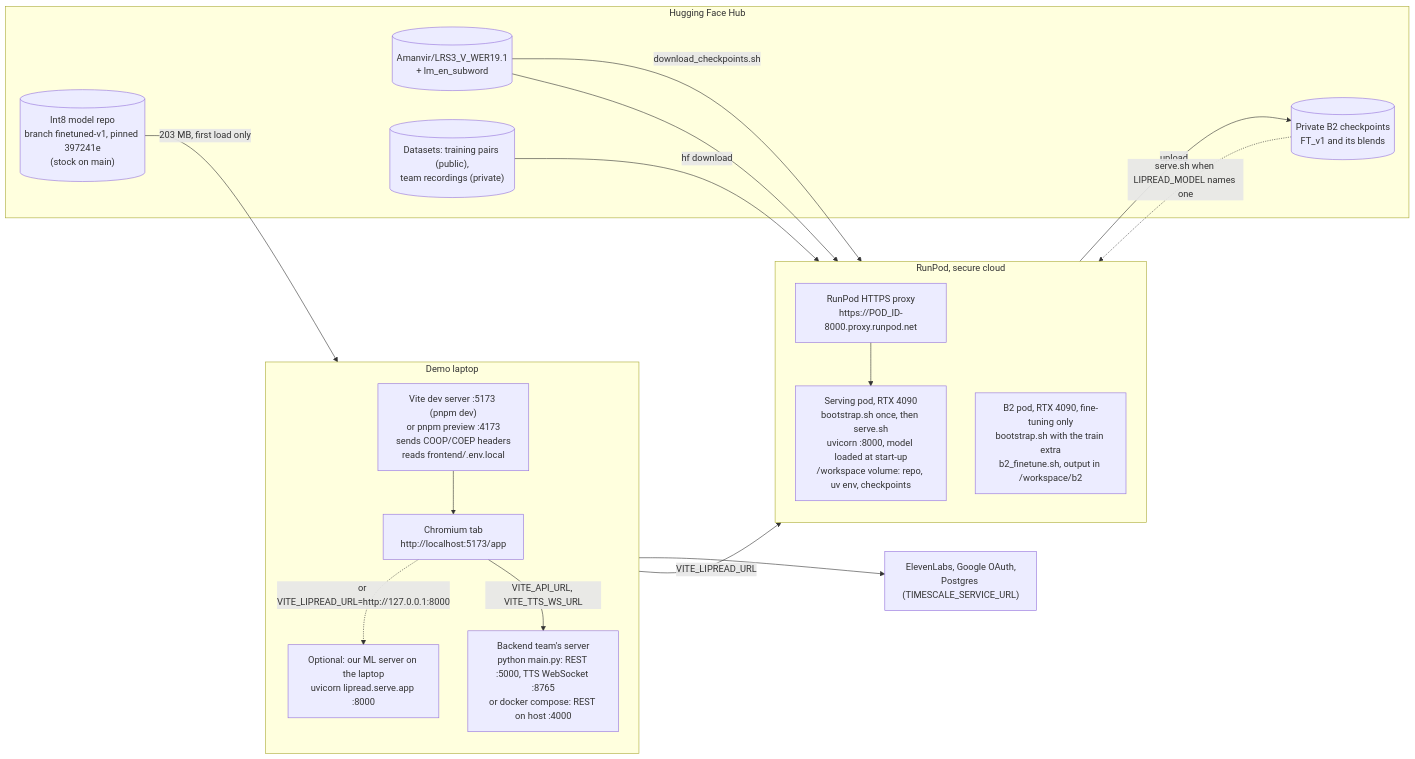
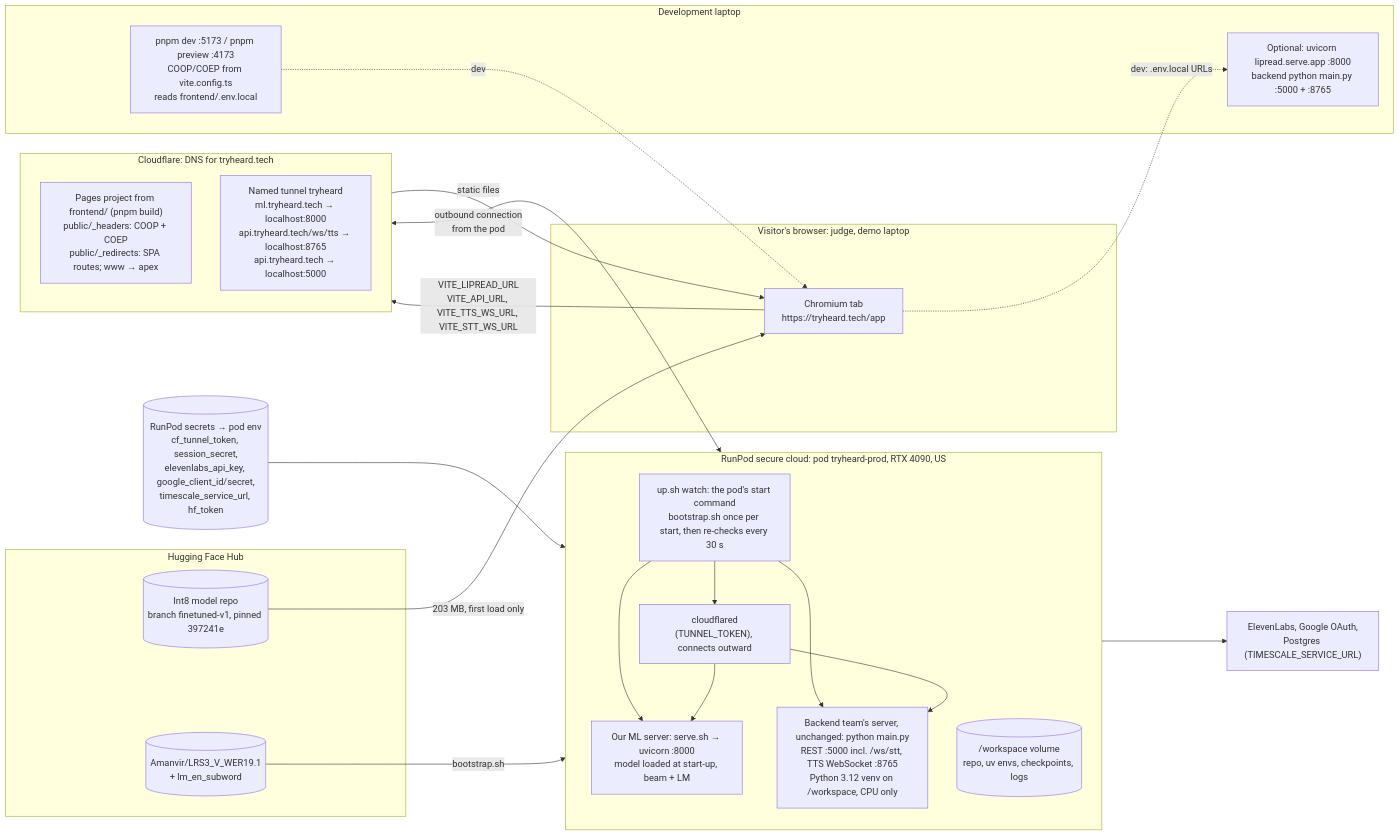
One commit to LMSAIH/stormhacks2026 changed the diagram in docs/architecture/deployment.md. Above: the diagram before and after it, drawn with Mermaid. The commit also changed other lines of this file and 5 other files, not shown here.

First line of the commit message:
docs(deploy): tryheard.tech runbook, deploy record (D91-D94), diagrams; e2e eval can sign in

````diff
--- a/docs/architecture/deployment.md
+++ b/docs/architecture/deployment.md
@@ -8,39 +13,50 @@
 ```mermaid
 flowchart LR
-  subgraph laptop["Demo laptop"]
-    direction TB
-    chrome["Chromium tab<br/>http://localhost:5173/app"]
-    vite["Vite dev server :5173 (pnpm dev)<br/>or pnpm preview :4173<br/>sends COOP/COEP headers<br/>reads frontend/.env.local"]
-    backend["Backend team's server<br/>python main.py: REST :5000, TTS WebSocket :8765<br/>or docker compose: REST on host :4000"]
-    localml["Optional: our ML server on the laptop<br/>uvicorn lipread.serve.app :8000"]
+  subgraph visitor["Visitor's browser: judge, demo laptop"]
+    chrome["Chromium tab<br/>https://tryheard.tech/app"]
   end
 
-  subgraph runpod["RunPod, secure cloud"]
+  subgraph cf["Cloudflare: DNS for tryheard.tech"]
     direction TB
-    proxy["RunPod HTTPS proxy<br/>https://POD_ID-8000.proxy.runpod.net"]
-    serving["Serving pod, RTX 4090<br/>bootstrap.sh once, then serve.sh<br/>uvicorn :8000, model loaded at start-up<br/>/workspace volume: repo, uv env, checkpoints"]
-    b2pod["B2 pod, RTX 4090, fine-tuning only<br/>bootstrap.sh with the train extra<br/>b2_finetune.sh, output in /workspace/b2"]
+    pages["Pages project from frontend/ (pnpm build)<br/>public/_headers: COOP + COEP<br/>public/_redirects: SPA routes; www → apex"]
+    tunnel["Named tunnel tryheard<br/>ml.tryheard.tech → localhost:8000<br/>api.tryheard.tech/ws/tts → localhost:8765<br/>api.tryheard.tech → localhost:5000"]
+  end
+
+  subgraph pod["RunPod secure cloud: pod tryheard-prod, RTX 4090, US"]
+    direction TB
+    up["up.sh watch: the pod's start command<br/>bootstrap.sh once per start, then re-checks every 30 s"]
+    cfd["cloudflared<br/>(TUNNEL_TOKEN), connects outward"]
+    ml["Our ML server: serve.sh → uvicorn :8000<br/>model loaded at start-up, beam + LM"]
+    be["Backend team's server, unchanged: python main.py<br/>REST :5000 incl. /ws/stt, TTS WebSocket :8765<br/>Python 3.12 venv on /workspace, CPU only"]
+    vol[("/workspace volume<br/>repo, uv envs, checkpoints, logs")]
+    up --> cfd
+    up --> ml
+    up --> be
+  end
+
+  secrets[("RunPod secrets → pod env<br/>cf_tunnel_token, session_secret,<br/>elevenlabs_api_key, google_client_id/secret,<br/>timescale_service_url, hf_token")]
+
+  subgraph laptop["Development laptop"]
+    vite["pnpm dev :5173 / pnpm preview :4173<br/>COOP/COEP from vite.config.ts<br/>reads frontend/.env.local"]
+    localsrv["Optional: uvicorn lipread.serve.app :8000<br/>backend python main.py :5000 + :8765"]
   end
 
   subgraph hub["Hugging Face Hub"]
-    model[("Int8 model repo<br/>branch finetuned-v1, pinned 397241e<br/>(stock on main)")]
+    model[("Int8 model repo<br/>branch finetuned-v1, pinned 397241e")]
     ckpts[("Amanvir/LRS3_V_WER19.1<br/>+ lm_en_subword")]
-    b2ckpts[("Private B2 checkpoints<br/>FT_v1 and its blends")]
-    data[("Datasets: training pairs (public),<br/>team recordings (private)")]
   end
 
   ext["ElevenLabs, Google OAuth,<br/>Postgres (TIMESCALE_SERVICE_URL)"]
 
+  pages -->|"static files"| chrome
   model -->|"203 MB, first load only"| chrome
-  vite --> chrome
-  chrome -->|"VITE_LIPREAD_URL"| proxy
-  proxy --> serving
-  chrome -.->|"or VITE_LIPREAD_URL=http://127.0.0.1:8000"| localml
-  chrome -->|"VITE_API_URL, VITE_TTS_WS_URL"| backend
-  backend --> ext
-  ckpts -->|"download_checkpoints.sh"| serving
-  ckpts --> b2pod
-  data -->|"hf download"| b2pod
-  b2pod -->|"upload"| b2ckpts
-  b2ckpts -.->|"serve.sh when LIPREAD_MODEL names one"| serving
+  chrome -->|"VITE_LIPREAD_URL<br/>VITE_API_URL, VITE_TTS_WS_URL, VITE_STT_WS_URL"| tunnel
+  tunnel <-->|"outbound connection<br/>from the pod"| cfd
+  cfd --> ml
+  cfd --> be
+  secrets --> up
+  ckpts -->|"bootstrap.sh"| ml
+  be --> ext
+  vite -.->|"dev"| chrome
+  chrome -.->|"dev: .env.local URLs"| localsrv
 ```
````
